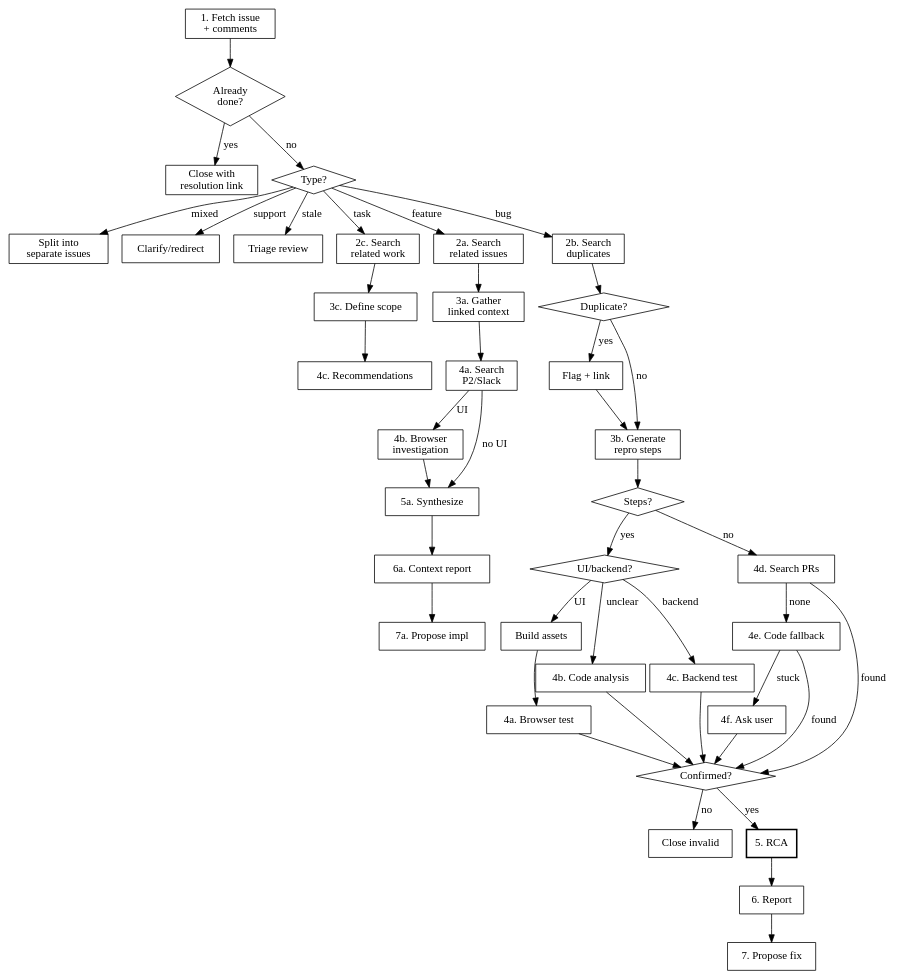
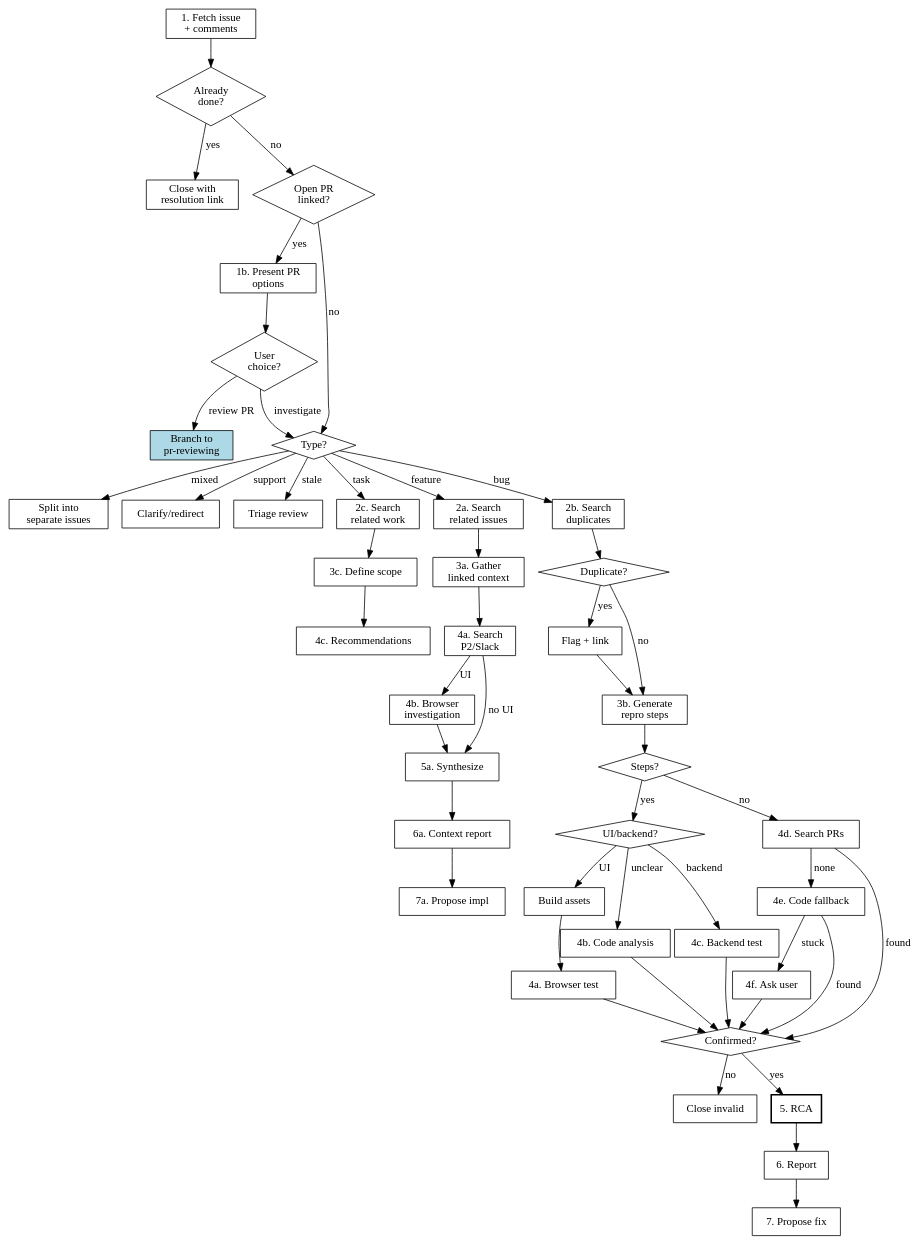
One commit to vladolaru/claude-code-plugins changed the diagram in plugins/pirategoat-tools/skills/dig-into-linear-issue/SKILL.md. Above: the diagram before and after it, drawn with Graphviz. The commit also changed other lines of this file and 1 other file, not shown here.

First line of the commit message:
feat(pirategoat-tools): branch to PR review when issue has open PR

```diff
--- a/plugins/pirategoat-tools/skills/dig-into-linear-issue/SKILL.md
+++ b/plugins/pirategoat-tools/skills/dig-into-linear-issue/SKILL.md
@@ -70,6 +70,10 @@
     fetch [label="1. Fetch issue\n+ comments"];
     check_done [shape=diamond, label="Already\ndone?"];
     close_done [label="Close with\nresolution link"];
+    has_open_pr [shape=diamond, label="Open PR\nlinked?"];
+    present_pr [label="1b. Present PR\noptions"];
+    pr_choice [shape=diamond, label="User\nchoice?"];
+    branch_pr [label="Branch to\npr-reviewing", style=filled, fillcolor=lightblue];
     identify [shape=diamond, label="Type?"];
 
     split [label="Split into\nseparate issues"];
@@ -109,7 +113,12 @@
 
     fetch -> check_done;
     check_done -> close_done [label="yes"];
-    check_done -> identify [label="no"];
+    check_done -> has_open_pr [label="no"];
+    has_open_pr -> present_pr [label="yes"];
+    has_open_pr -> identify [label="no"];
+    present_pr -> pr_choice;
+    pr_choice -> branch_pr [label="review PR"];
+    pr_choice -> identify [label="investigate"];
 
     identify -> clarify [label="support"];
     identify -> triage [label="stale"];
```
